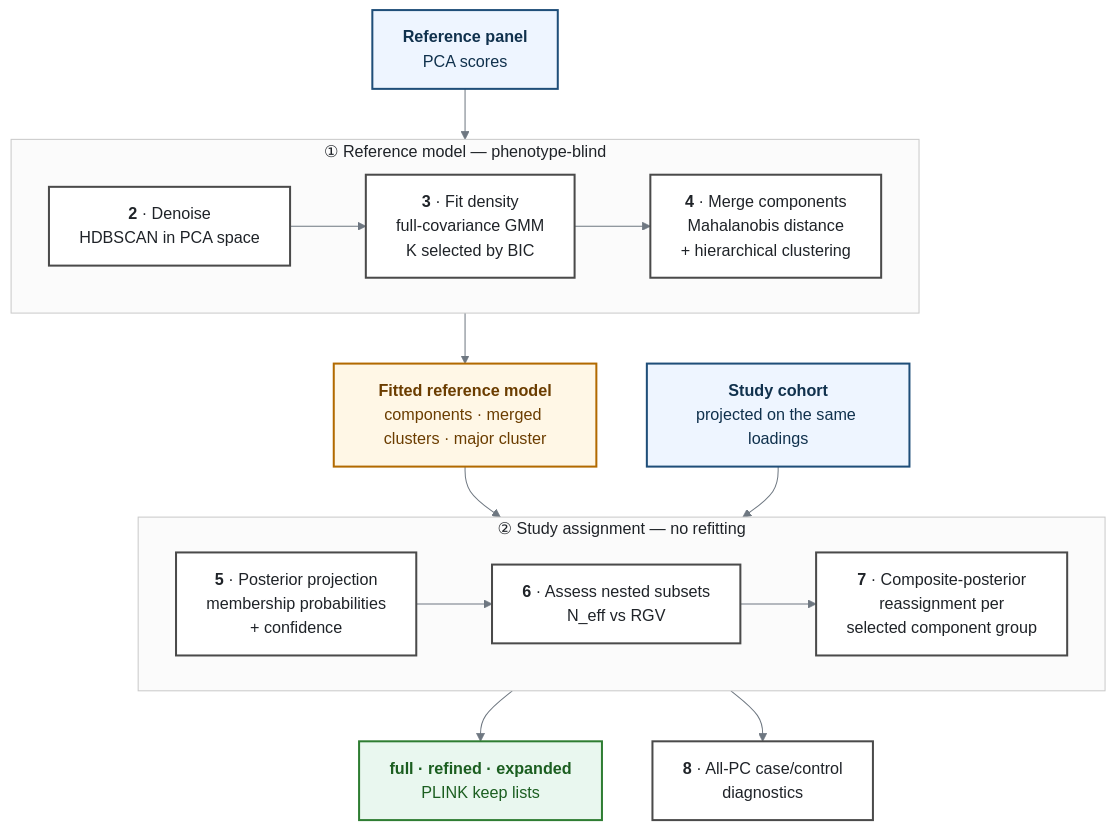
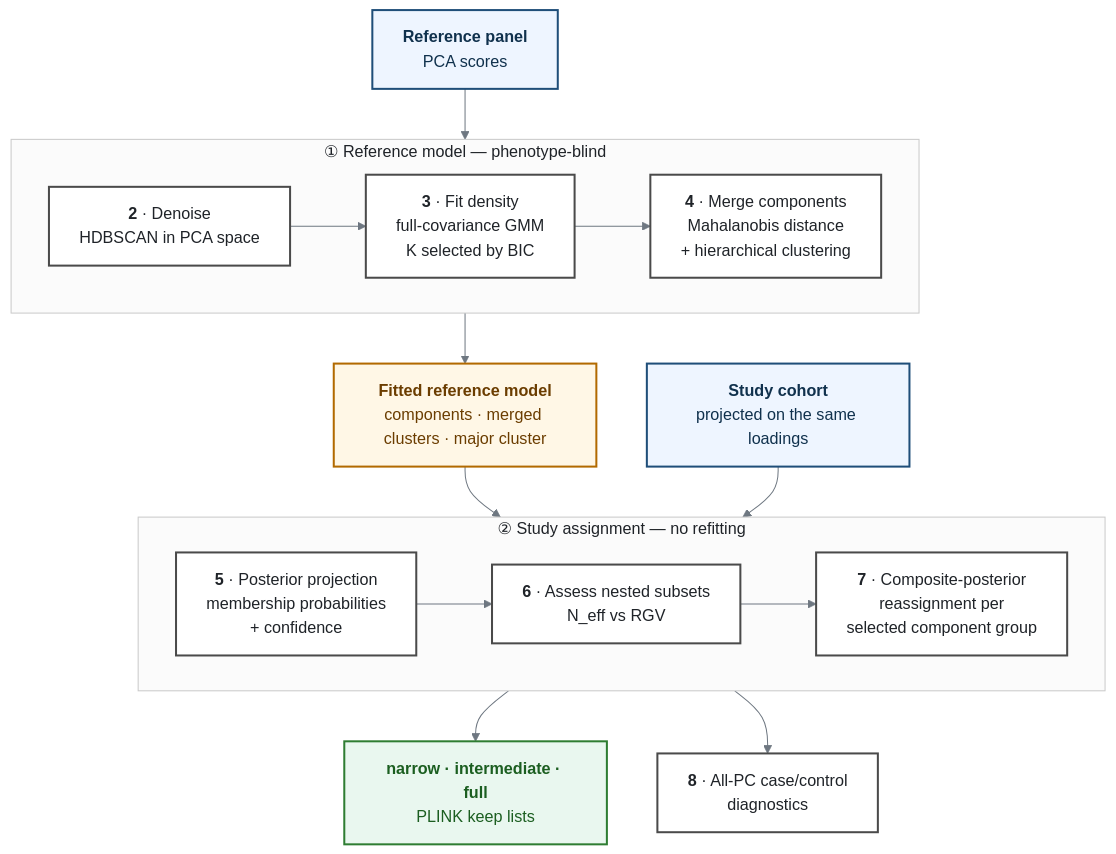
Before and after one commit to ZhaoTie-re/PopGMM: the diagram in README.md, drawn with Mermaid. The commit also changed other lines of this file and 45 other files, not shown here.

````diff
--- a/README.md
+++ b/README.md
@@ -45,42 +45,42 @@
 ```mermaid
 %%{init: {'themeVariables': {'lineColor': '#6e7781', 'edgeLabelBackground': '#ffffff'}}}%%
 flowchart TB
     classDef in fill:#eef5ff,stroke:#1f4e79,stroke-width:2px,color:#10314d;
     classDef step fill:#ffffff,stroke:#4a4a4a,stroke-width:2px,color:#1f2328;
     classDef model fill:#fff7e6,stroke:#b26a00,stroke-width:2px,color:#6b3d00;
     classDef out fill:#e9f7ef,stroke:#2e7d32,stroke-width:2px,color:#1b5e20;
 
     X0["<b>Reference panel</b><br/>PCA scores"]:::in
     X1["<b>Study cohort</b><br/>projected on the same loadings"]:::in
 
     subgraph LEARN["① Reference model — phenotype-blind"]
         direction LR
         A1["<b>2</b> · Denoise<br/>HDBSCAN in PCA space"]:::step
         A2["<b>3</b> · Fit density<br/>full-covariance GMM<br/>K selected by BIC"]:::step
         A3["<b>4</b> · Merge components<br/>Mahalanobis distance<br/>+ hierarchical clustering"]:::step
         A1 --> A2 --> A3
     end
 
     THETA["<b>Fitted reference model</b><br/>components · merged clusters · major cluster"]:::model
 
     subgraph ASSIGN["② Study assignment — no refitting"]
         direction LR
         B1["<b>5</b> · Posterior projection<br/>membership probabilities<br/>+ confidence"]:::step
         B2["<b>6</b> · Assess nested subsets<br/>N_eff vs RGV"]:::step
         B3["<b>7</b> · Composite-posterior<br/>reassignment per<br/>selected component group"]:::step
         B1 --> B2 --> B3
     end
 
-    OUT["<b>full · refined · expanded</b><br/>PLINK keep lists"]:::out
+    OUT["<b>narrow · intermediate · full</b><br/>PLINK keep lists"]:::out
     DIAG["<b>8</b> · All-PC case/control<br/>diagnostics"]:::step
 
     X0 --> A1
     A3 --> THETA
     THETA --> B1
     X1 --> B1
     B3 --> OUT
     B3 --> DIAG
 
     style LEARN fill:#fbfbfb,stroke:#c9c9c9,color:#1f2328;
     style ASSIGN fill:#fbfbfb,stroke:#c9c9c9,color:#1f2328;
 ```
````
